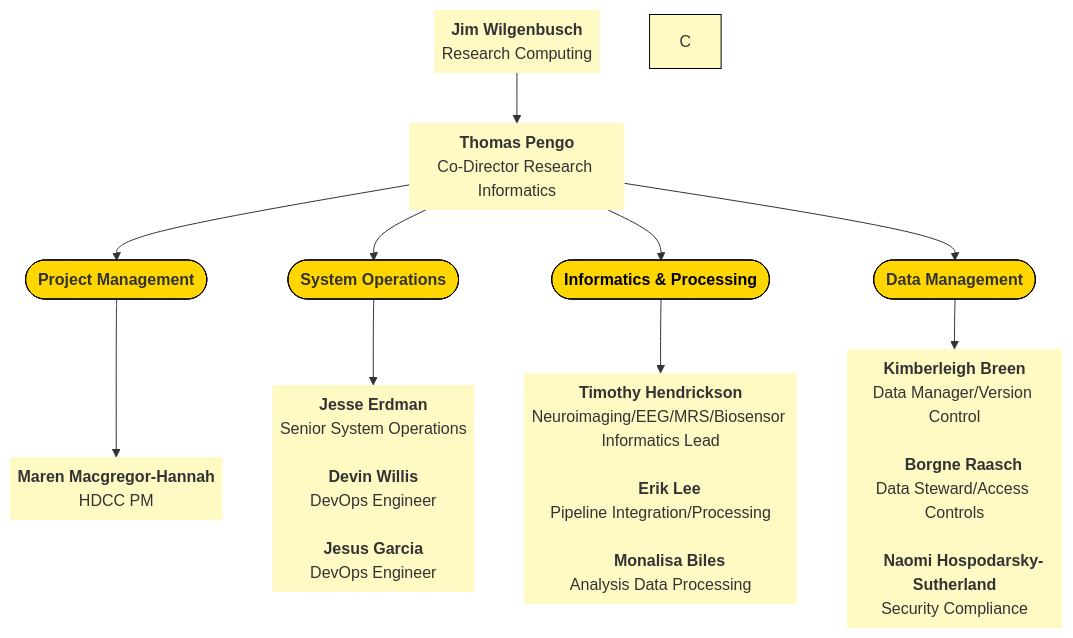
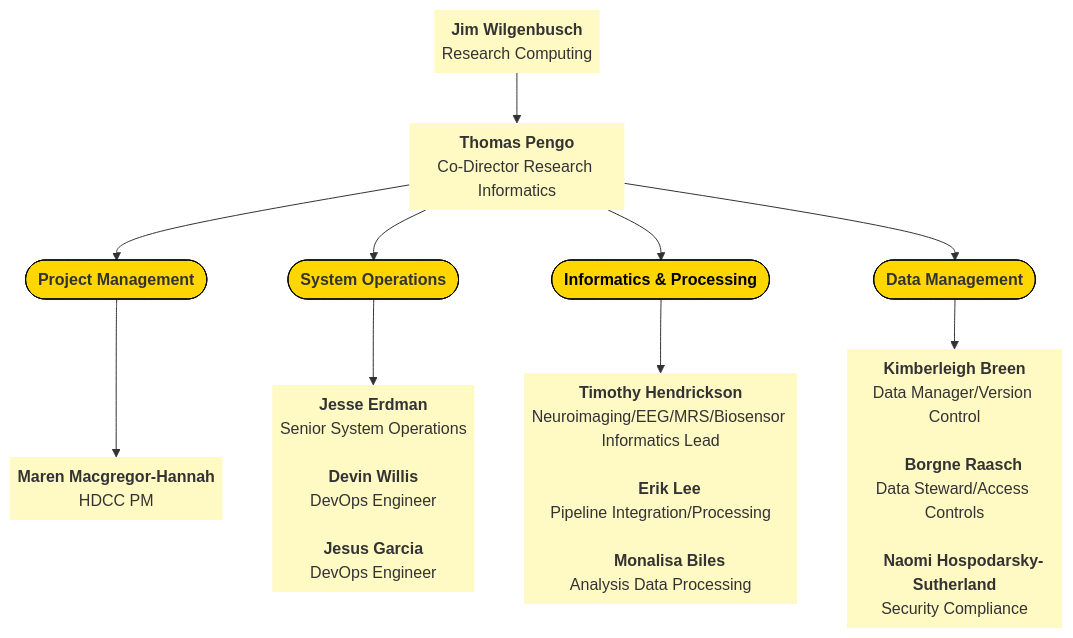
The fifth of 6 diagrams in docs/orgcharts.md (DCAN-Labs/hbcd-docs-internal), drawn with Mermaid before and after one commit.

````diff
--- a/docs/orgcharts.md
+++ b/docs/orgcharts.md
@@ -333,36 +333,35 @@
 ```mermaid
 ---
 config:
   layout: dagre
 ---
 flowchart TB
   K["<b>Jim Wilgenbusch</b><br>Research Computing"] --> L["<b>Thomas Pengo</b><br>Co-Director Research Informatics"]
     L --> M(["<b>Project Management</b>"]) & N(["<b>System Operations</b>"]) & O(["<b>Informatics &amp; Processing</b>"]) & P(["<b>Data Management</b>"])
     N --> Q["<b>Jesse Erdman</b><br>Senior System Operations<br>
     <b>Devin Willis</b><br>DevOps Engineer<br>
     <b>Jesus Garcia</b><br>DevOps Engineer"]
     O --> n4["<b>Timothy Hendrickson</b><br>Neuroimaging/EEG/MRS/Biosensor Informatics Lead<br>
     <b>Erik Lee</b><br>Pipeline Integration/Processing<br>
     <b>Monalisa Biles</b><br>Analysis Data Processing"]
     M --> n6@{ label: "<span style=\"--tw-scale-x:\"><b>Maren Macgregor-Hannah</b><br>HDCC PM</span><br style=\"--tw-scale-x:\">" }
     P --> n7["<b>Kimberleigh Breen</b><br>Data Manager/Version Control<br>
     <b>Borgne Raasch</b><br>Data Steward/Access Controls<br>
     <b>Naomi Hospodarsky-Sutherland</b><br>Security Compliance"]
     K@{ shape: text}
     L@{ shape: text}
     Q@{ shape: text}
     n4@{ shape: text}
     n6@{ shape: text}
     n7@{ shape: text}
-    style C stroke:#000000,fill:#FFF9C4
     style K fill:#FFF9C4
     style L fill:#FFF9C4
     style M fill:#FFD600,stroke:#000000
     style N fill:#FFD600,stroke:#000000
     style O color:#000000,fill:#FFD600,stroke:#000000
     style P fill:#FFD600,stroke:#000000
     style Q fill:#FFF9C4
     style n4 fill:#FFF9C4
     style n6 fill:#FFF9C4
     style n7 fill:#FFF9C4
 ```
````
